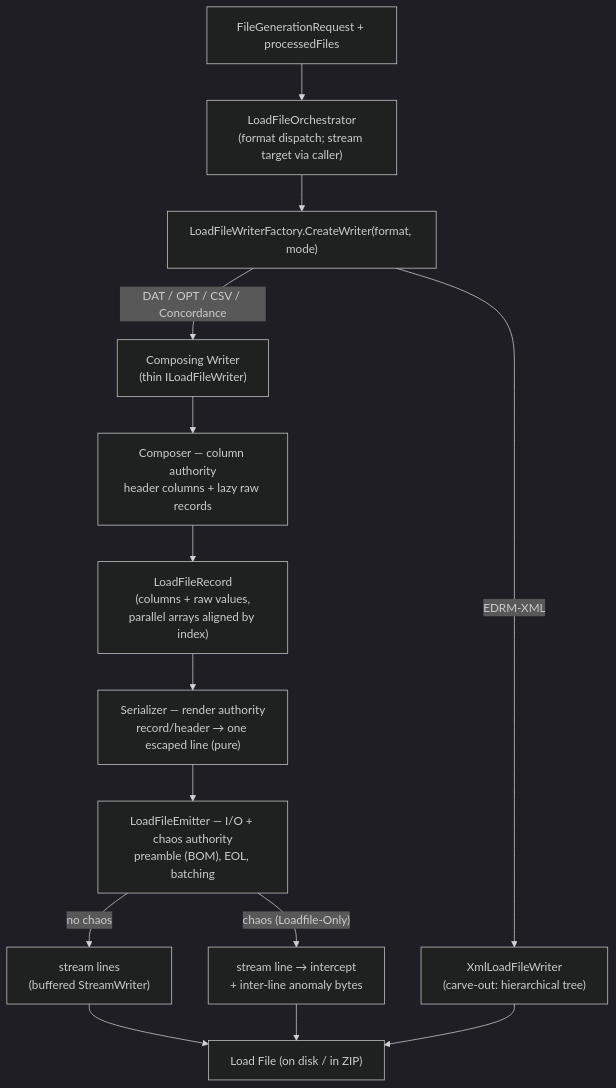
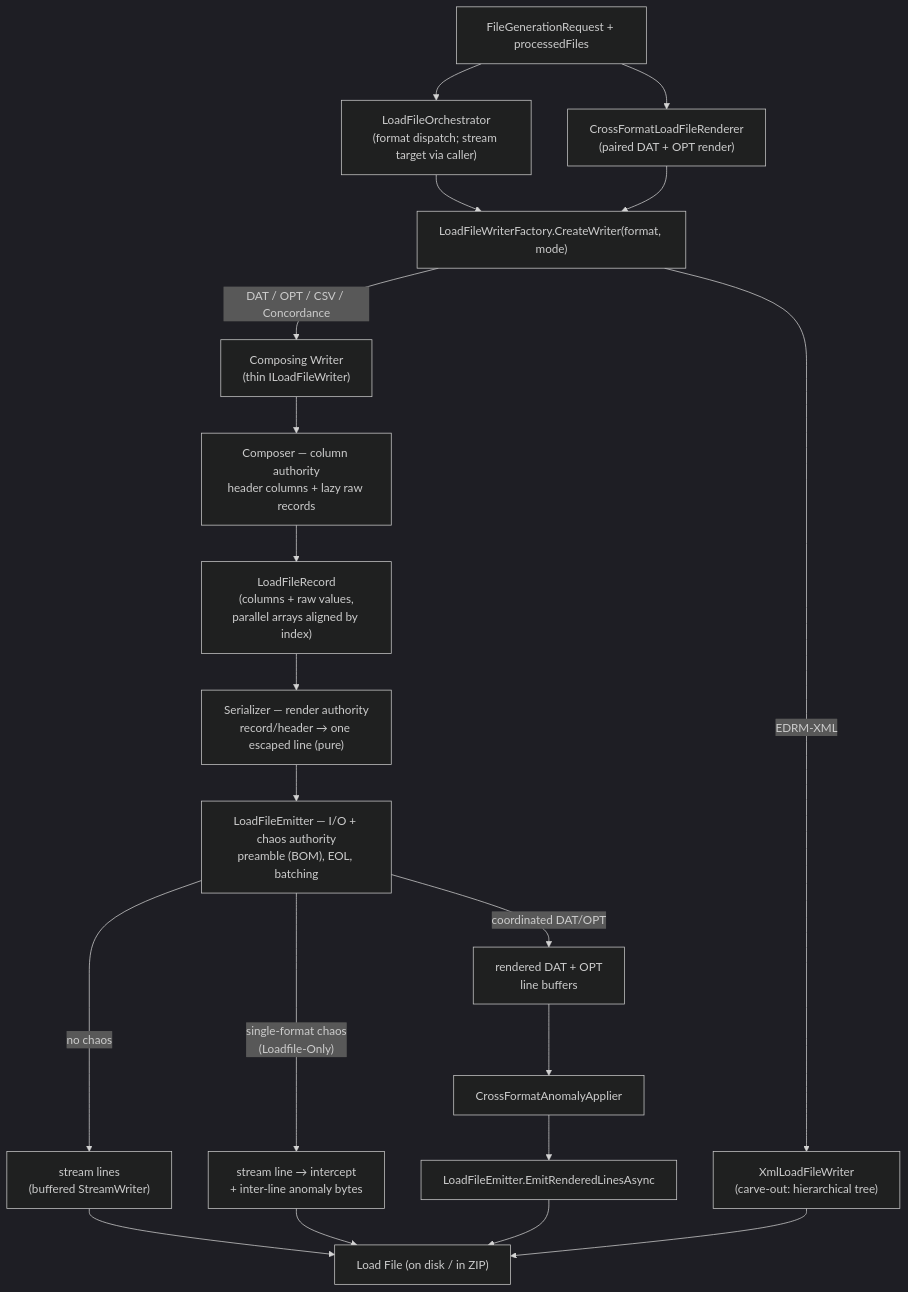
The third of 3 diagrams in docs/architecture.md (dwojtaszek/zipper), drawn with Mermaid (dark theme) before and after one commit. The commit also changed other lines of this file and 32 other files, not shown here.

First line of the commit message:
feat(chaos): coordinated cross-format DAT/OPT desync and family consistency anomalies (#1389)

````diff
--- a/docs/architecture.md
+++ b/docs/architecture.md
@@ -203,20 +205,26 @@
 ```mermaid
 graph TD
     Req["FileGenerationRequest + processedFiles"]
     Req --> LFO["LoadFileOrchestrator<br/>(format dispatch; stream target via caller)"]
+    Req --> CFR["CrossFormatLoadFileRenderer<br/>(paired DAT + OPT render)"]
     LFO --> Factory["LoadFileWriterFactory.CreateWriter(format, mode)"]
+    CFR --> Factory
     Factory -->|"DAT / OPT / CSV / Concordance"| CW["Composing Writer<br/>(thin ILoadFileWriter)"]
     Factory -->|"EDRM-XML"| XML["XmlLoadFileWriter<br/>(carve-out: hierarchical tree)"]
 
     CW --> Comp["Composer — column authority<br/>header columns + lazy raw records"]
     Comp --> Rec["LoadFileRecord<br/>(columns + raw values,<br/>parallel arrays aligned by index)"]
     Rec --> Ser["Serializer — render authority<br/>record/header → one escaped line (pure)"]
     Ser --> Emit["LoadFileEmitter — I/O + chaos authority<br/>preamble (BOM), EOL, batching"]
 
     Emit -->|"no chaos"| Stream["stream lines<br/>(buffered StreamWriter)"]
-    Emit -->|"chaos (Loadfile-Only)"| ChaosP["stream line → intercept<br/>+ inter-line anomaly bytes"]
+    Emit -->|"single-format chaos<br/>(Loadfile-Only)"| ChaosP["stream line → intercept<br/>+ inter-line anomaly bytes"]
+    Emit -->|"coordinated DAT/OPT"| LineBuffers["rendered DAT + OPT<br/>line buffers"]
+    LineBuffers --> CrossApplier["CrossFormatAnomalyApplier"]
+    CrossApplier --> ReEmit["LoadFileEmitter.EmitRenderedLinesAsync"]
 
     Stream --> Out["Load File (on disk / in ZIP)"]
     ChaosP --> Out
+    ReEmit --> Out
     XML --> Out
 ```
````
